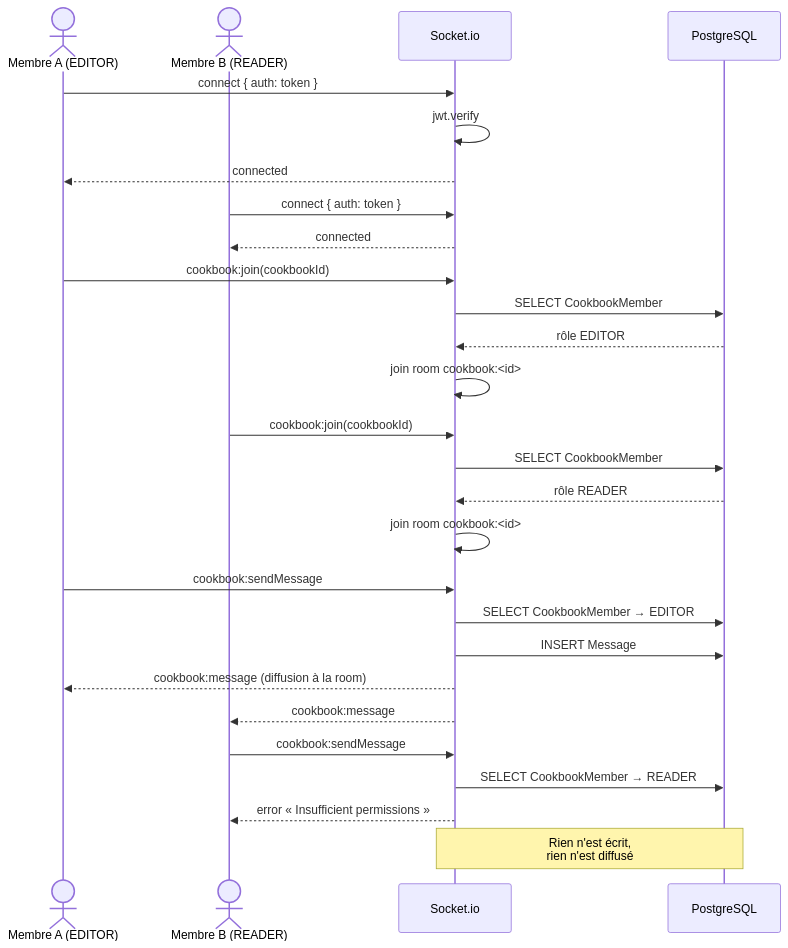
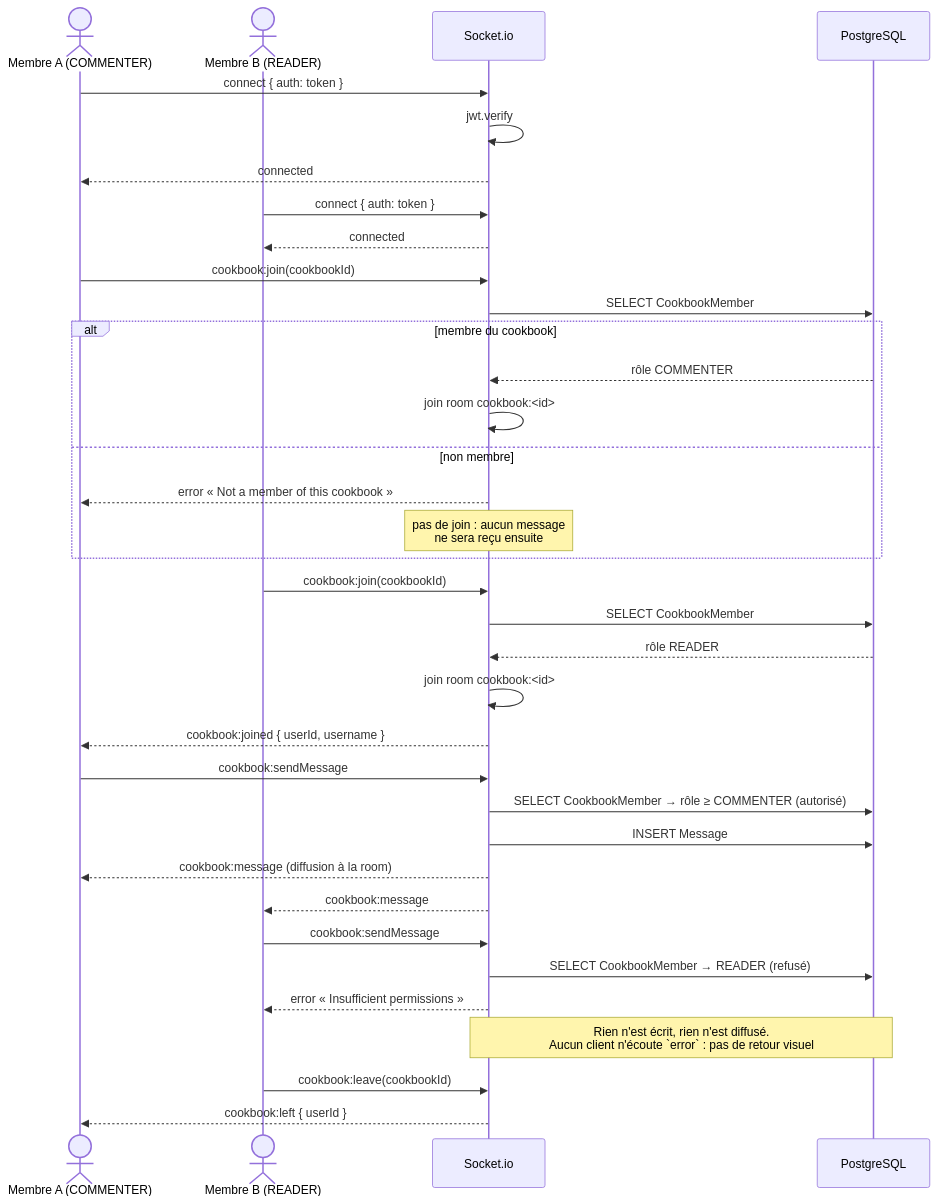
Before and after one commit to assurleaddev/supmeal: the fifth of 10 diagrams in docs/documentation-technique.md, drawn with Mermaid. The commit also changed other lines of this file and 3 other files, not shown here.

First line of the commit message:
docs(uml): align every diagram with the code and add the missing models

````diff
--- a/docs/documentation-technique.md
+++ b/docs/documentation-technique.md
@@ -645,34 +723,44 @@
 ```mermaid
 sequenceDiagram
-    actor A as Membre A (EDITOR)
+    actor A as Membre A (COMMENTER)
     actor B as Membre B (READER)
     participant S as Socket.io
     participant D as PostgreSQL
 
     A->>S: connect { auth: token }
     S->>S: jwt.verify
     S-->>A: connected
     B->>S: connect { auth: token }
     S-->>B: connected
 
     A->>S: cookbook:join(cookbookId)
     S->>D: SELECT CookbookMember
-    D-->>S: rôle EDITOR
-    S->>S: join room cookbook:<id>
+
+    alt membre du cookbook
+        D-->>S: rôle COMMENTER
+        S->>S: join room cookbook:<id>
+    else non membre
+        S-->>A: error « Not a member of this cookbook »
+        Note over S: pas de join : aucun message<br/>ne sera reçu ensuite
+    end
 
     B->>S: cookbook:join(cookbookId)
     S->>D: SELECT CookbookMember
     D-->>S: rôle READER
     S->>S: join room cookbook:<id>
+    S-->>A: cookbook:joined { userId, username }
 
     A->>S: cookbook:sendMessage
-    S->>D: SELECT CookbookMember → EDITOR
+    S->>D: SELECT CookbookMember → rôle ≥ COMMENTER (autorisé)
     S->>D: INSERT Message
     S-->>A: cookbook:message (diffusion à la room)
     S-->>B: cookbook:message
 
     B->>S: cookbook:sendMessage
-    S->>D: SELECT CookbookMember → READER
+    S->>D: SELECT CookbookMember → READER (refusé)
     S-->>B: error « Insufficient permissions »
-    Note over S,D: Rien n'est écrit,<br/>rien n'est diffusé
+    Note over S,D: Rien n'est écrit, rien n'est diffusé.<br/>Aucun client n'écoute `error` : pas de retour visuel
+
+    B->>S: cookbook:leave(cookbookId)
+    S-->>A: cookbook:left { userId }
 ```
````
